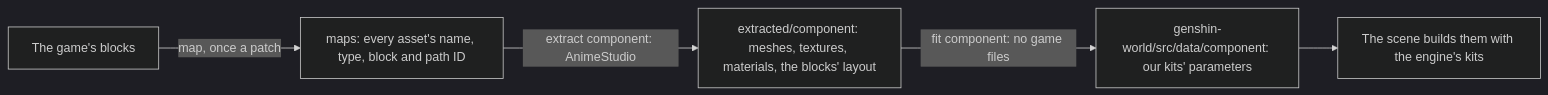
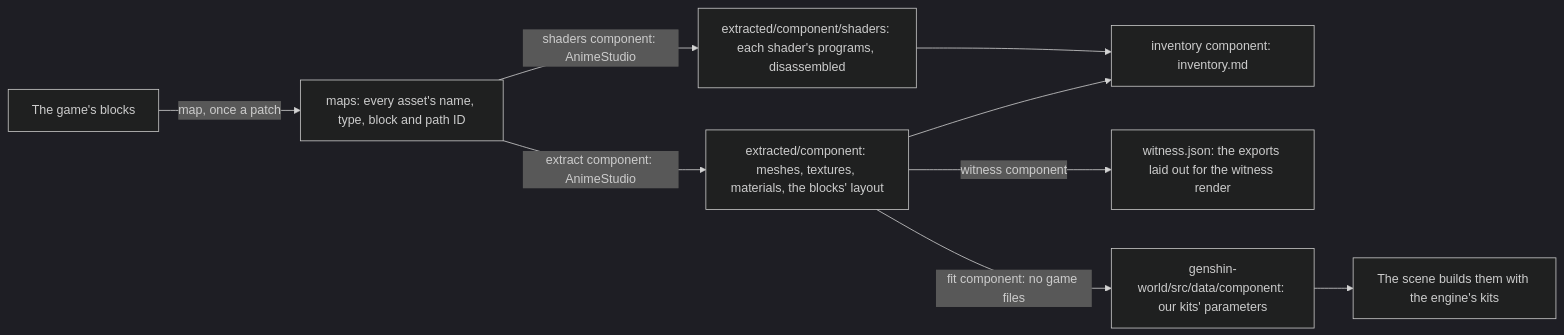
The second of 3 diagrams in apps/web/content/docs/genshin/derived-assets.md (Esposter/Esposter), drawn with Mermaid (dark theme) before and after one commit. The commit also changed other lines of this file and 66 other files, not shown here.

````diff
--- a/apps/web/content/docs/genshin/derived-assets.md
+++ b/apps/web/content/docs/genshin/derived-assets.md
@@ -33,7 +33,11 @@
 ```mermaid
 flowchart LR
   B[The game's blocks] -->|"map, once a patch"| M["maps: every asset's name, type, block and path ID"]
   M -->|"extract component: AnimeStudio"| E["extracted/component: meshes, textures, materials, the blocks' layout"]
+  M -->|"shaders component: AnimeStudio"| S["extracted/component/shaders: each shader's programs, disassembled"]
+  E --> I["inventory component: inventory.md"]
+  S --> I
+  E -->|"witness component"| W["witness.json: the exports laid out for the witness render"]
   E -->|"fit component: no game files"| D["genshin-world/src/data/component: our kits' parameters"]
   D --> K[The scene builds them with the engine's kits]
 ```
````
